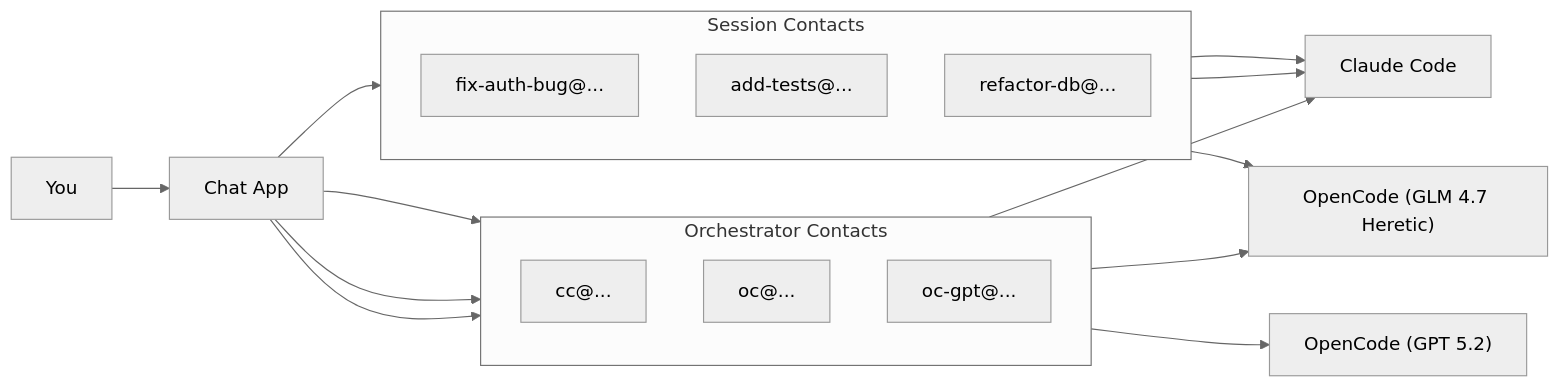
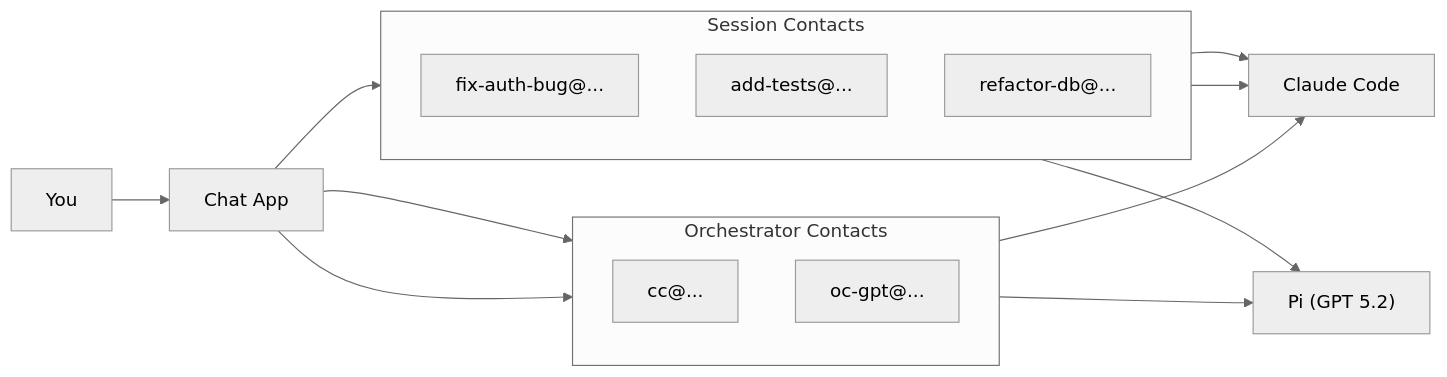
The second of 2 diagrams in README.md (chknlittle/switch), drawn with Mermaid (neutral theme) before and after one commit. The commit also changed other lines of this file, not shown here.

First line of the commit message:
docs: update README for Pi/Debate engines, remove OpenCode references

````diff
--- a/README.md
+++ b/README.md
@@ -250,30 +212,27 @@
 ```mermaid
 flowchart LR
     You --> Client[Chat App]
     subgraph Orchestrators["Orchestrator Contacts"]
         direction TB
         cc["cc@..."]
-        oc["oc@..."]
-        ocgpt["oc-gpt@..."]
+        pi["oc-gpt@..."]
     end
 
     subgraph Sessions["Session Contacts"]
         direction TB
         s1["fix-auth-bug@..."]
         s2["add-tests@..."]
         s3["refactor-db@..."]
     end
 
     Client --> cc
-    Client --> oc
-    Client --> ocgpt
+    Client --> pi
     Client --> Sessions
 
     cc --> Claude[Claude Code]
-    oc --> GLM["OpenCode (GLM 4.7 Heretic)"]
-    ocgpt --> GPT["OpenCode (GPT 5.2)"]
+    pi --> PiGPT["Pi (GPT 5.2)"]
 
     s1 --> Claude
-    s2 --> GLM
+    s2 --> PiGPT
     s3 --> Claude
 ```
````
